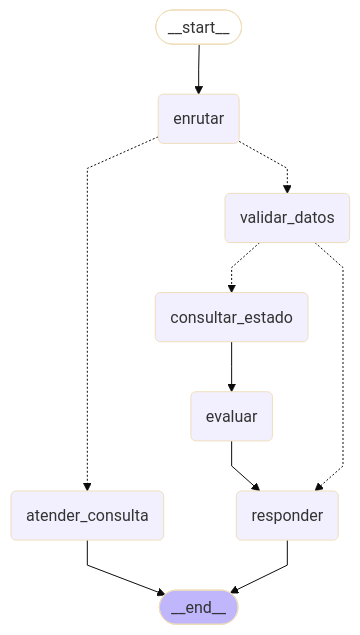
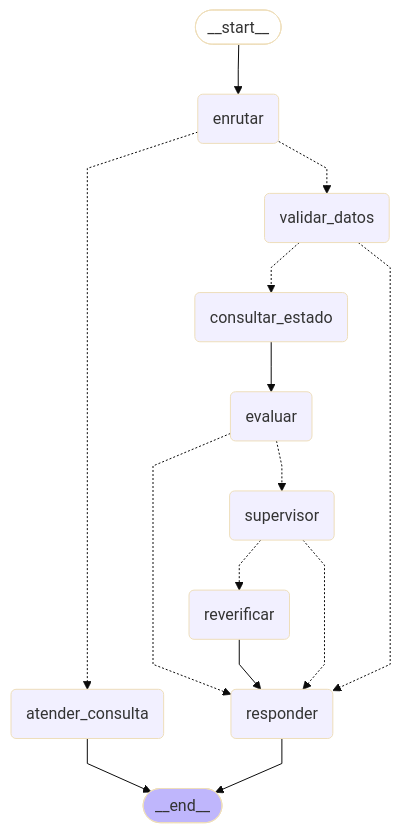
One commit to cesardataviz/romero_cesar_modulo3_dsrp changed the diagram in docs/diagrama_workflow.md. Above: the diagram before and after it, drawn with Mermaid (base theme). The commit also changed 8 other files, not shown here.

````diff
--- a/docs/diagrama_workflow.md
+++ b/docs/diagrama_workflow.md
@@ -3,28 +3,34 @@
 ```mermaid
 ---
 config:
   flowchart:
     curve: linear
 ---
 graph TD;
 	__start__([<p>__start__</p>]):::first
 	enrutar(enrutar)
 	validar_datos(validar_datos)
 	consultar_estado(consultar_estado)
 	evaluar(evaluar)
+	supervisor(supervisor)
+	reverificar(reverificar)
 	responder(responder)
 	atender_consulta(atender_consulta)
 	__end__([<p>__end__</p>]):::last
 	__start__ --> enrutar;
 	consultar_estado --> evaluar;
 	enrutar -.-> atender_consulta;
 	enrutar -.-> validar_datos;
-	evaluar --> responder;
+	evaluar -.-> responder;
+	evaluar -.-> supervisor;
+	reverificar --> responder;
+	supervisor -.-> responder;
+	supervisor -.-> reverificar;
 	validar_datos -.-> consultar_estado;
 	validar_datos -.-> responder;
 	atender_consulta --> __end__;
 	responder --> __end__;
 	classDef default fill:#f2f0ff,line-height:1.2
 	classDef first fill-opacity:0
 	classDef last fill:#bfb6fc
 ```
````
